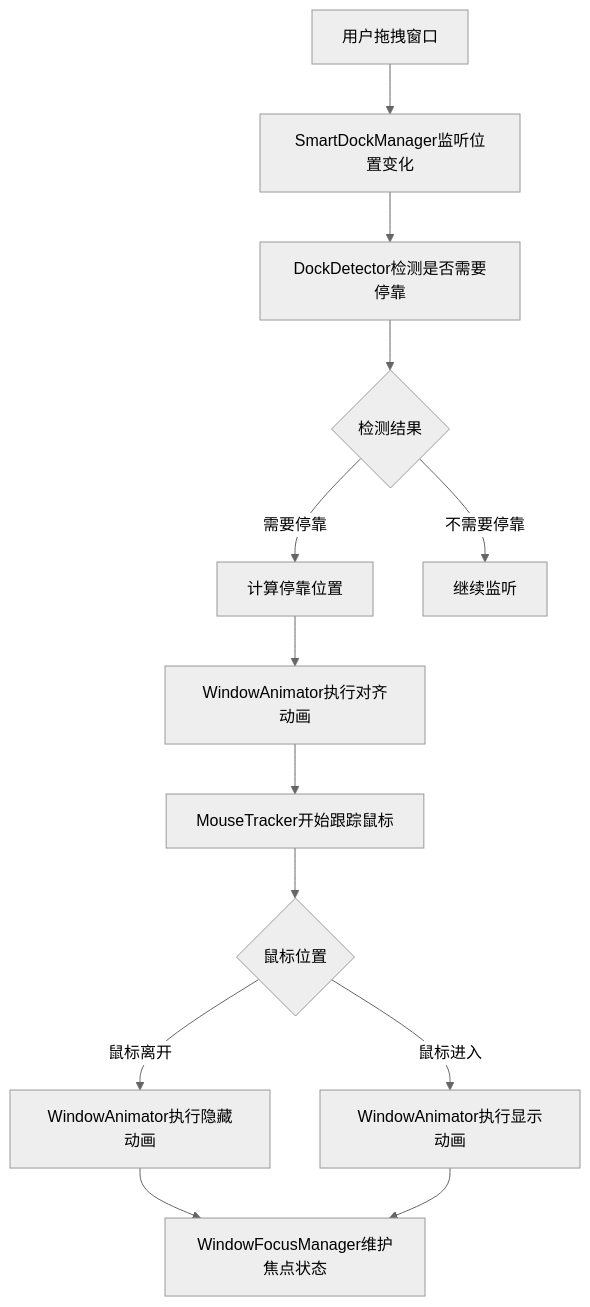
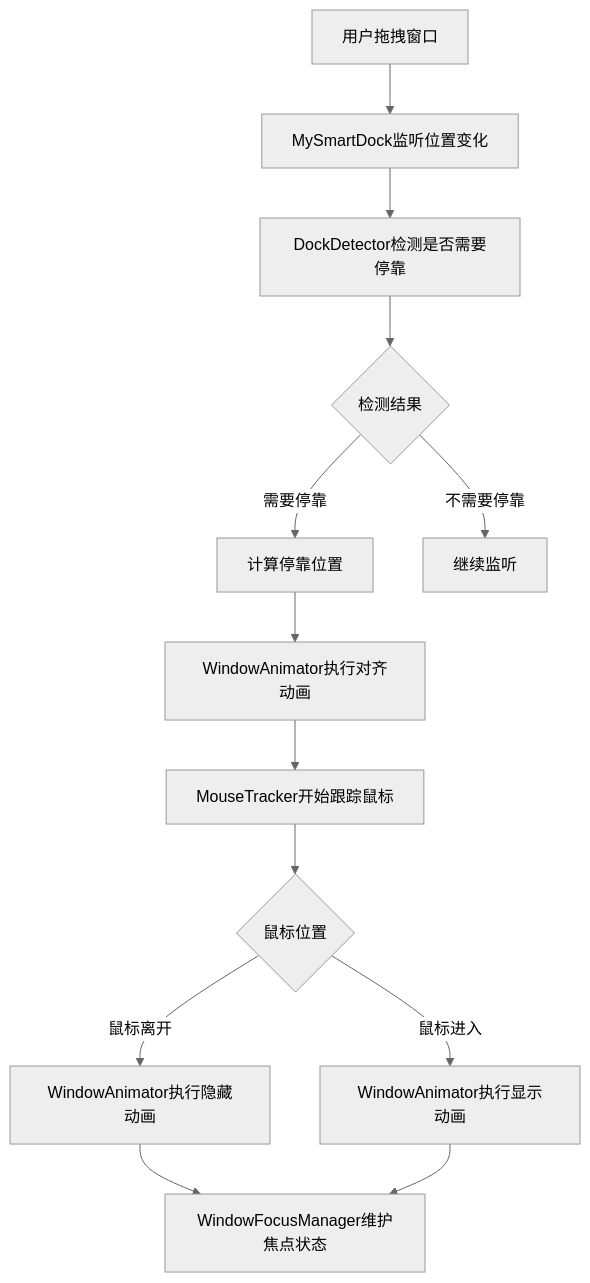
One commit to dbsxdbsx/flutter_xly changed the diagram in lib/src/smart_dock/README.md. Above: the diagram before and after it, drawn with Mermaid (neutral theme). The commit also changed other lines of this file and 40 other files, not shown here.

````diff
--- a/lib/src/smart_dock/README.md
+++ b/lib/src/smart_dock/README.md
@@ -71,15 +71,15 @@
 ```mermaid
 graph TD
-    A[用户拖拽窗口] --> B[SmartDockManager监听位置变化]
+    A[用户拖拽窗口] --> B[MySmartDock监听位置变化]
     B --> C[DockDetector检测是否需要停靠]
     C --> D{检测结果}
     D -->|需要停靠| E[计算停靠位置]
     D -->|不需要停靠| F[继续监听]
     E --> G[WindowAnimator执行对齐动画]
     G --> H[MouseTracker开始跟踪鼠标]
     H --> I{鼠标位置}
     I -->|鼠标离开| J[WindowAnimator执行隐藏动画]
     I -->|鼠标进入| K[WindowAnimator执行显示动画]
     J --> L[WindowFocusManager维护焦点状态]
     K --> L
 ```
````
